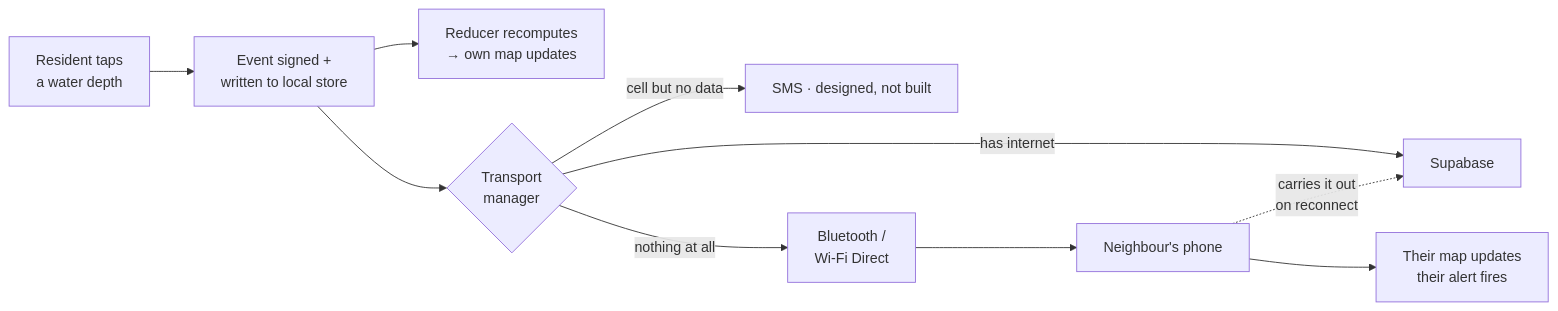
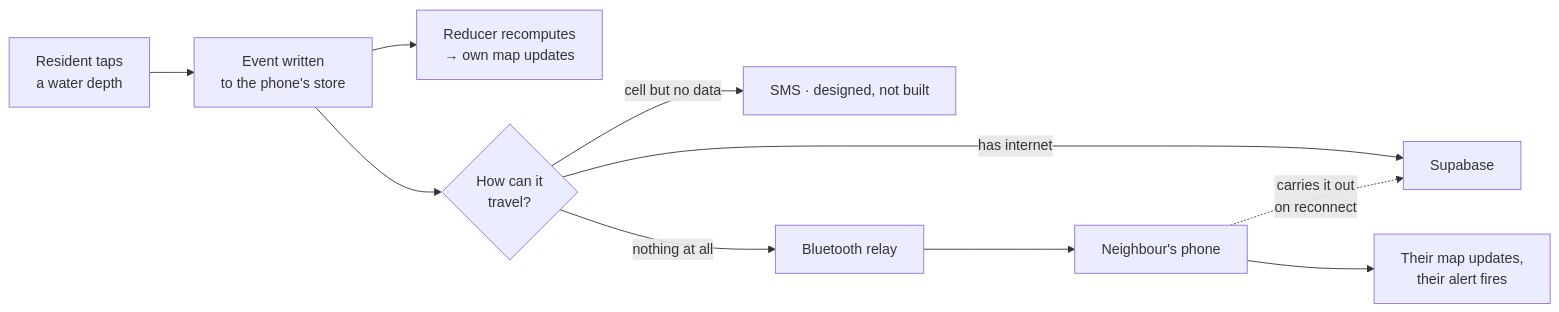
Before and after one commit to afjk-x3/ka-alerto: the diagram in README.md, drawn with Mermaid. The commit also changed other lines of this file, not shown here.

````diff
--- a/README.md
+++ b/README.md
@@ -33,12 +35,12 @@
 ```mermaid
 flowchart LR
-    A["Resident taps<br/>a water depth"] --> B["Event signed +<br/>written to local store"]
+    A["Resident taps<br/>a water depth"] --> B["Event written<br/>to the phone's store"]
     B --> C["Reducer recomputes<br/>→ own map updates"]
-    B --> D{"Transport<br/>manager"}
+    B --> D{"How can it<br/>travel?"}
     D -->|has internet| E["Supabase"]
     D -->|cell but no data| F["SMS · designed, not built"]
-    D -->|nothing at all| G["Bluetooth /<br/>Wi-Fi Direct"]
+    D -->|nothing at all| G["Bluetooth relay"]
     G --> H["Neighbour's phone"]
-    H --> I["Their map updates<br/>their alert fires"]
+    H --> I["Their map updates,<br/>their alert fires"]
     H -.->|carries it out<br/>on reconnect| E
 ```
````
